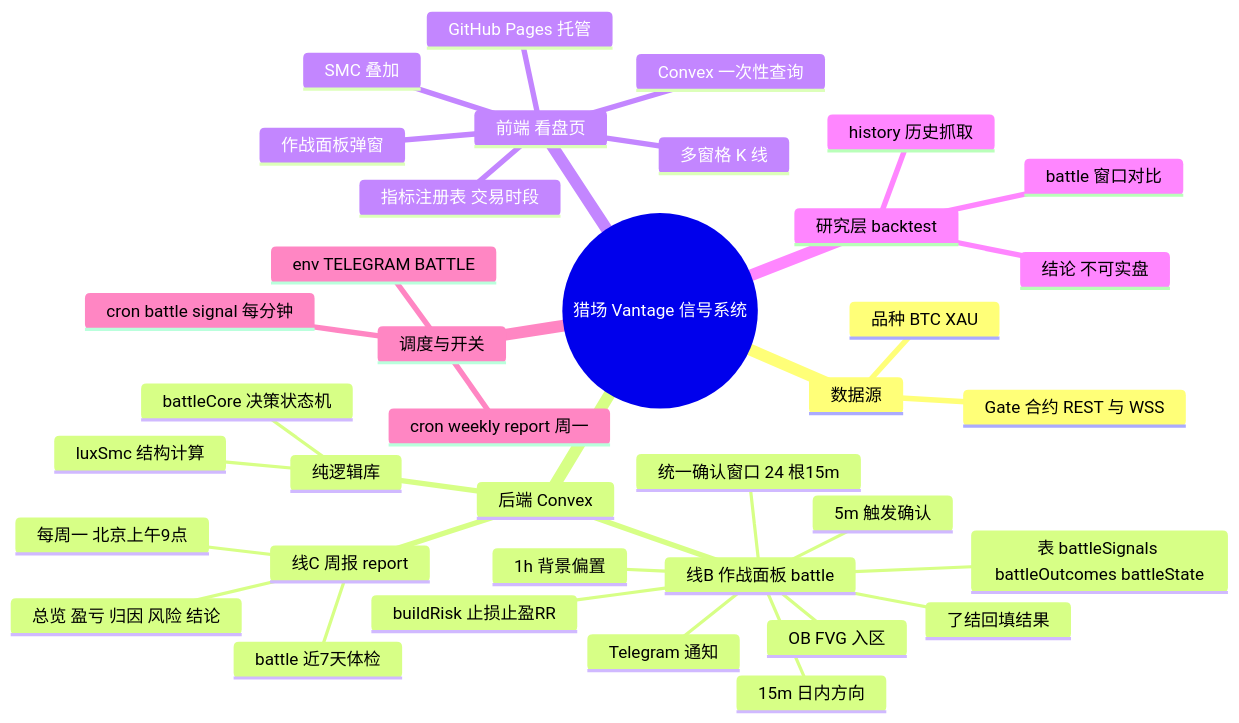
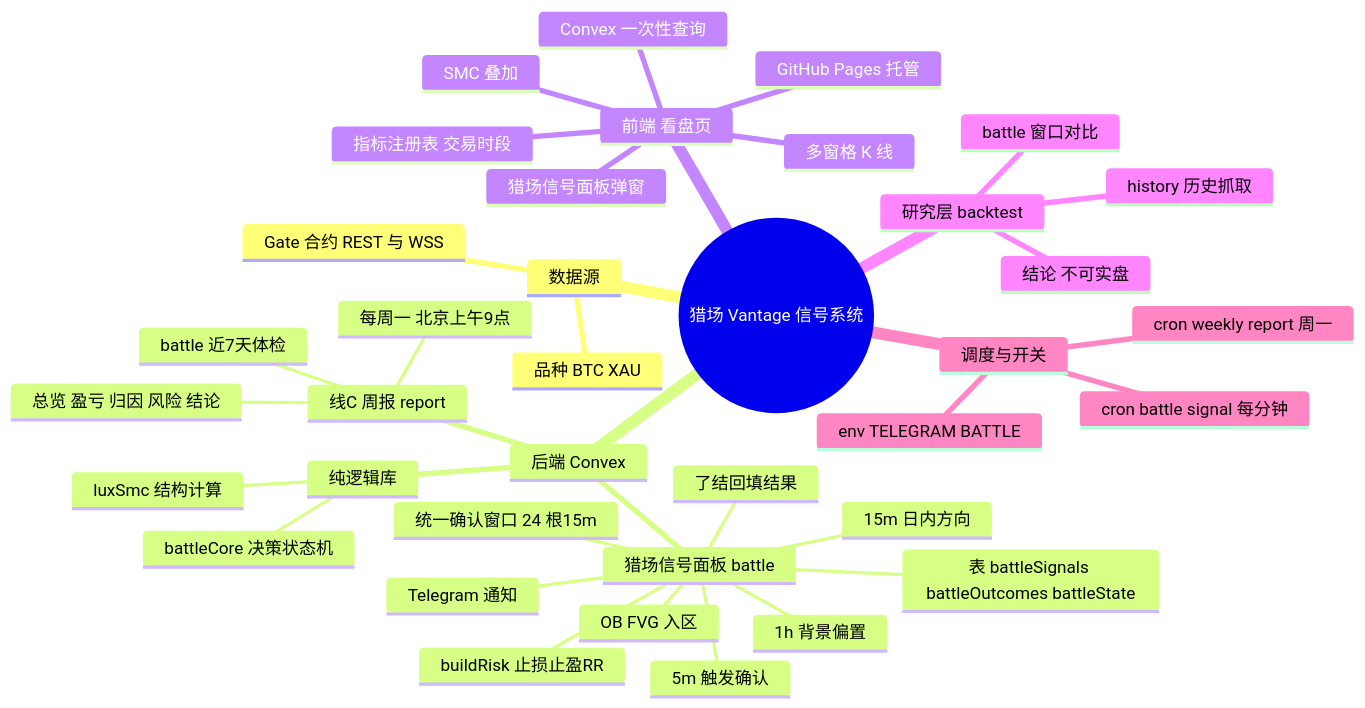
One commit to wond03/market-alert changed the diagram in docs/business-logic/README.md. Above: the diagram before and after it, drawn with Mermaid. The commit also changed other lines of this file and 11 other files, not shown here.

````diff
--- a/docs/business-logic/README.md
+++ b/docs/business-logic/README.md
@@ -8,40 +8,40 @@
 ```mermaid
 mindmap
   root((猎场 Vantage 信号系统))
     数据源
       Gate 合约 REST 与 WSS
       品种 BTC XAU
     后端 Convex
-      线B 作战面板 battle
+      猎场信号面板 battle
         1h 背景偏置
         15m 日内方向
         OB FVG 入区
         统一确认窗口 24 根15m
         5m 触发确认
         buildRisk 止损止盈RR
         表 battleSignals battleOutcomes battleState
         了结回填结果
         Telegram 通知
       线C 周报 report
         每周一 北京上午9点
         battle 近7天体检
         总览 盈亏 归因 风险 结论
       纯逻辑库
         luxSmc 结构计算
         battleCore 决策状态机
     前端 看盘页
       多窗格 K 线
       SMC 叠加
       指标注册表 交易时段
-      作战面板弹窗
+      猎场信号面板弹窗
       Convex 一次性查询
       GitHub Pages 托管
     研究层 backtest
       battle 窗口对比
       history 历史抓取
       结论 不可实盘
     调度与开关
       cron battle signal 每分钟
       cron weekly report 周一
       env TELEGRAM BATTLE
 ```
````
